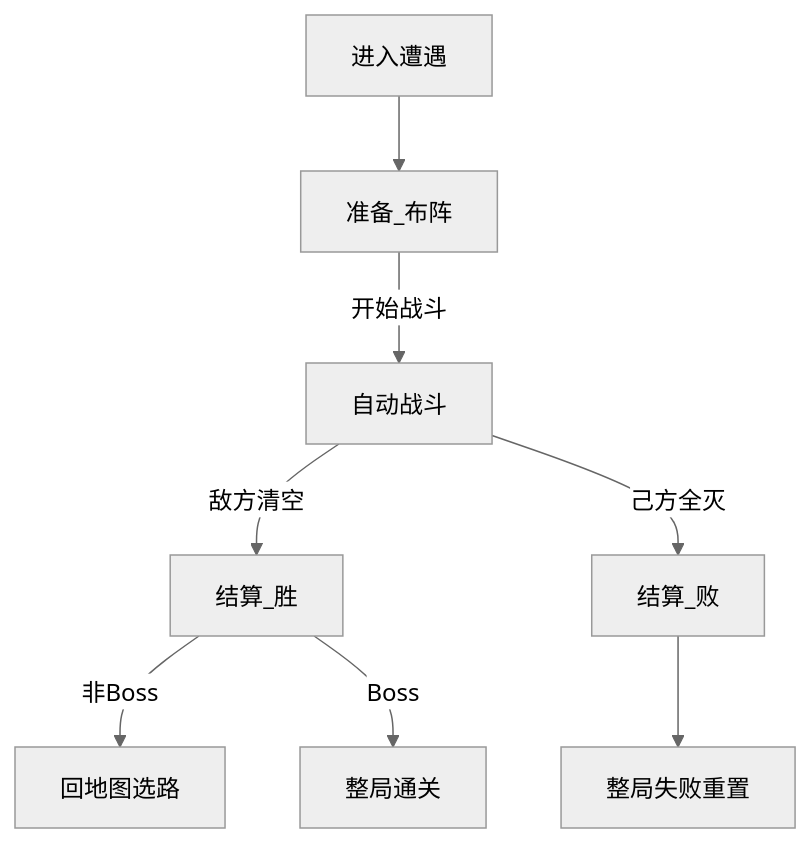
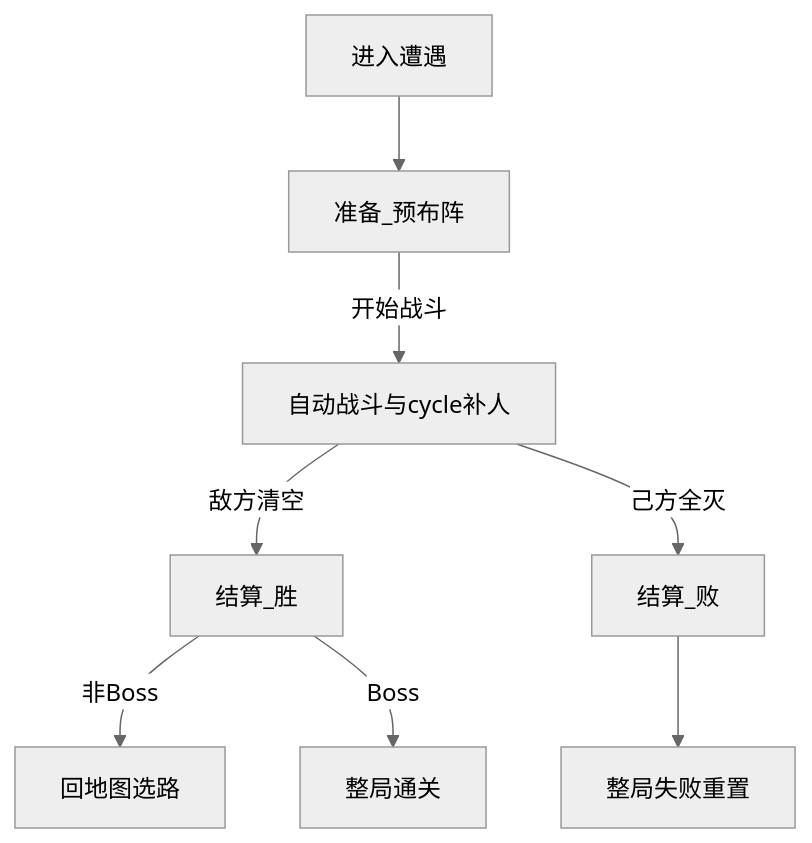
One commit to Kanerickyz/Godot-Project---Clash-royale-like-Game changed the diagram in Documents/Features/COMBAT.md. Above: the diagram before and after it, drawn with Mermaid (neutral theme). The commit also changed other lines of this file and 6 other files, not shown here.

````diff
--- a/Documents/Features/COMBAT.md
+++ b/Documents/Features/COMBAT.md
@@ -81,10 +85,10 @@
 ```mermaid
 flowchart TD
-  Enter[进入遭遇] --> Prep[准备_布阵]
-  Prep -->|开始战斗| Combat[自动战斗]
+  Enter[进入遭遇] --> Prep[准备_预布阵]
+  Prep -->|开始战斗| Combat[自动战斗与cycle补人]
   Combat -->|敌方清空| WinResolve[结算_胜]
   Combat -->|己方全灭| LoseResolve[结算_败]
   WinResolve -->|非Boss| BackMap[回地图选路]
   WinResolve -->|Boss| RunWin[整局通关]
   LoseResolve --> RunLose[整局失败重置]
 ```
````
